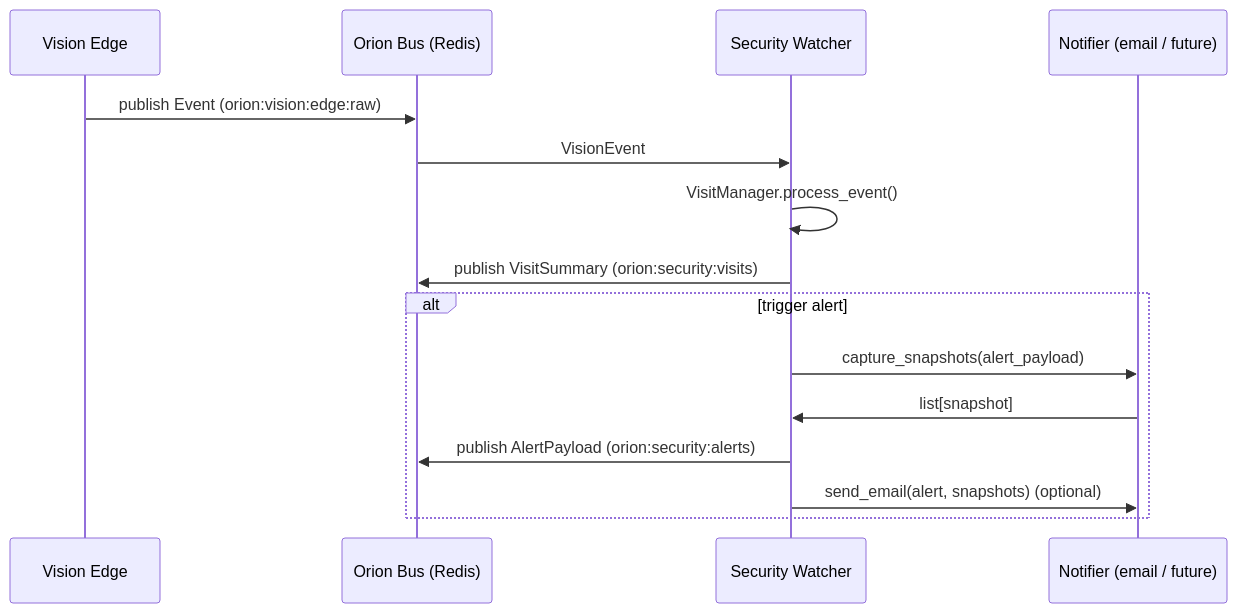
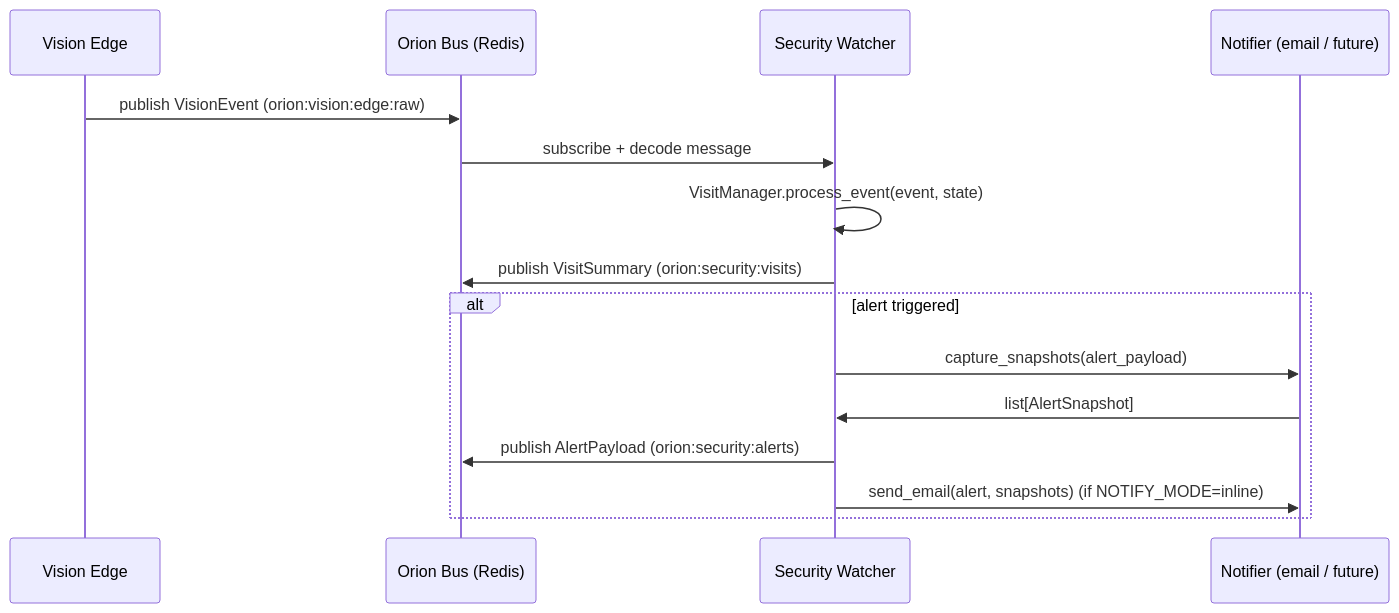
The diagram in services/orion-security-watcher/README.md (junebug-junie/Orion-Sapienform), drawn with Mermaid before and after one commit. The commit also changed other lines of this file and 29 other files, not shown here.

````diff
--- a/services/orion-security-watcher/README.md
+++ b/services/orion-security-watcher/README.md
@@ -20,18 +17,18 @@
 ```mermaid
 sequenceDiagram
     participant Vision as Vision Edge
     participant Bus as Orion Bus (Redis)
     participant Watcher as Security Watcher
     participant Notifier as Notifier (email / future)
 
-    Vision->>Bus: publish Event (orion:vision:edge:raw)
-    Bus->>Watcher: VisionEvent
-    Watcher->>Watcher: VisitManager.process_event()
+    Vision->>Bus: publish VisionEvent (orion:vision:edge:raw)
+    Bus->>Watcher: subscribe + decode message
+    Watcher->>Watcher: VisitManager.process_event(event, state)
     Watcher->>Bus: publish VisitSummary (orion:security:visits)
-    alt trigger alert
+    alt alert triggered
       Watcher->>Notifier: capture_snapshots(alert_payload)
-      Notifier->>Watcher: list[snapshot]
+      Notifier->>Watcher: list[AlertSnapshot]
       Watcher->>Bus: publish AlertPayload (orion:security:alerts)
-      Watcher->>Notifier: send_email(alert, snapshots) (optional)
+      Watcher->>Notifier: send_email(alert, snapshots) (if NOTIFY_MODE=inline)
     end
 ```
````
